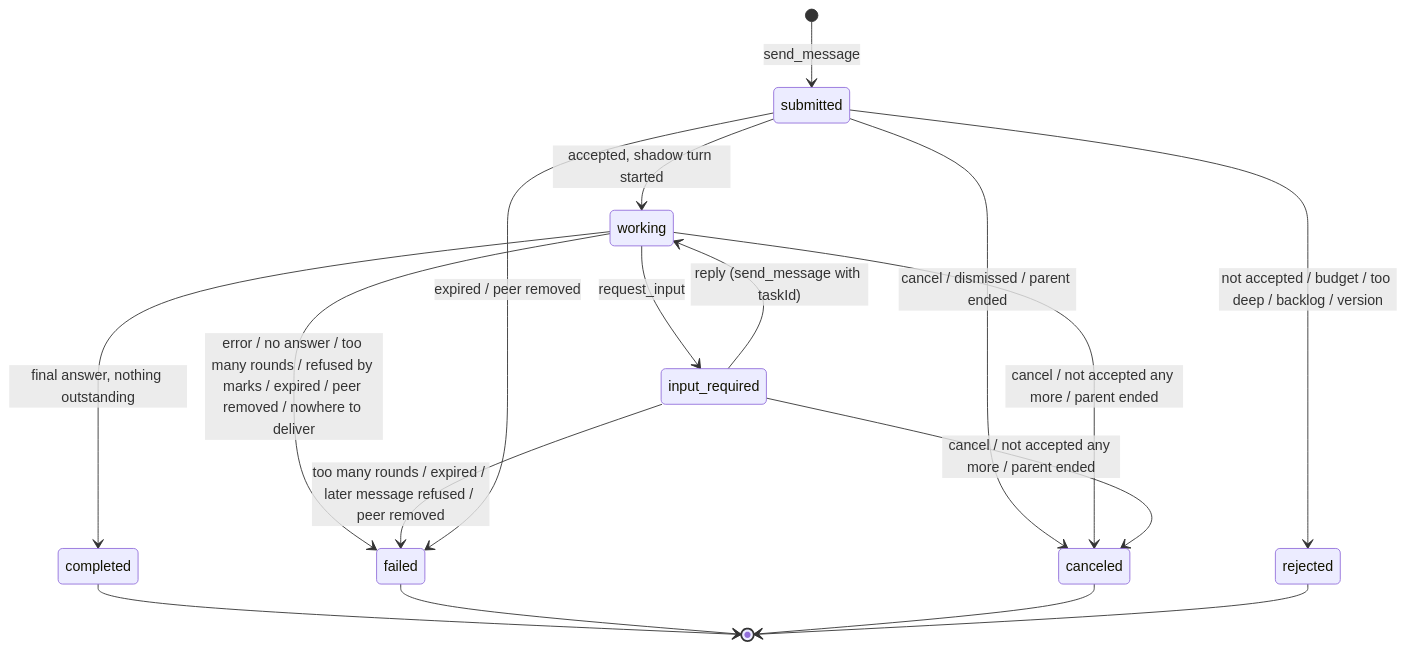
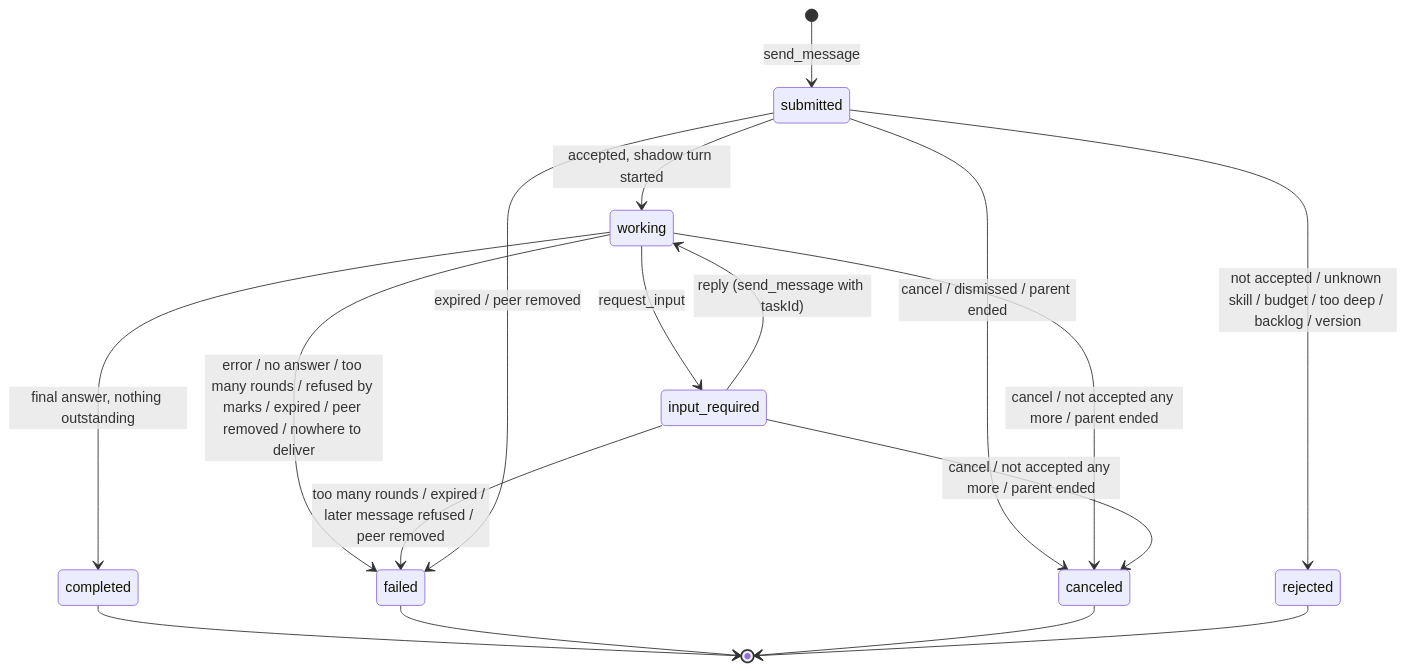
One commit to pedalix/coach-aven changed the sixth of 6 diagrams in docs/agent-messaging.md. Above: the diagram before and after it, drawn with Mermaid. The commit also changed other lines of this file and 43 other files, not shown here.

````diff
--- a/docs/agent-messaging.md
+++ b/docs/agent-messaging.md
@@ -233,19 +261,19 @@
 ```mermaid
 stateDiagram-v2
   [*] --> submitted: send_message
   submitted --> working: accepted, shadow turn started
-  submitted --> rejected: not accepted / budget / too deep / backlog / version
+  submitted --> rejected: not accepted / unknown skill / budget / too deep / backlog / version
   working --> input_required: request_input
   input_required --> working: reply (send_message with taskId)
   working --> completed: final answer, nothing outstanding
   working --> failed: error / no answer / too many rounds / refused by marks / expired / peer removed / nowhere to deliver
   input_required --> failed: too many rounds / expired / later message refused / peer removed
   submitted --> failed: expired / peer removed
   submitted --> canceled: cancel / dismissed / parent ended
   working --> canceled: cancel / not accepted any more / parent ended
   input_required --> canceled: cancel / not accepted any more / parent ended
   completed --> [*]
   failed --> [*]
   canceled --> [*]
   rejected --> [*]
 ```
````
